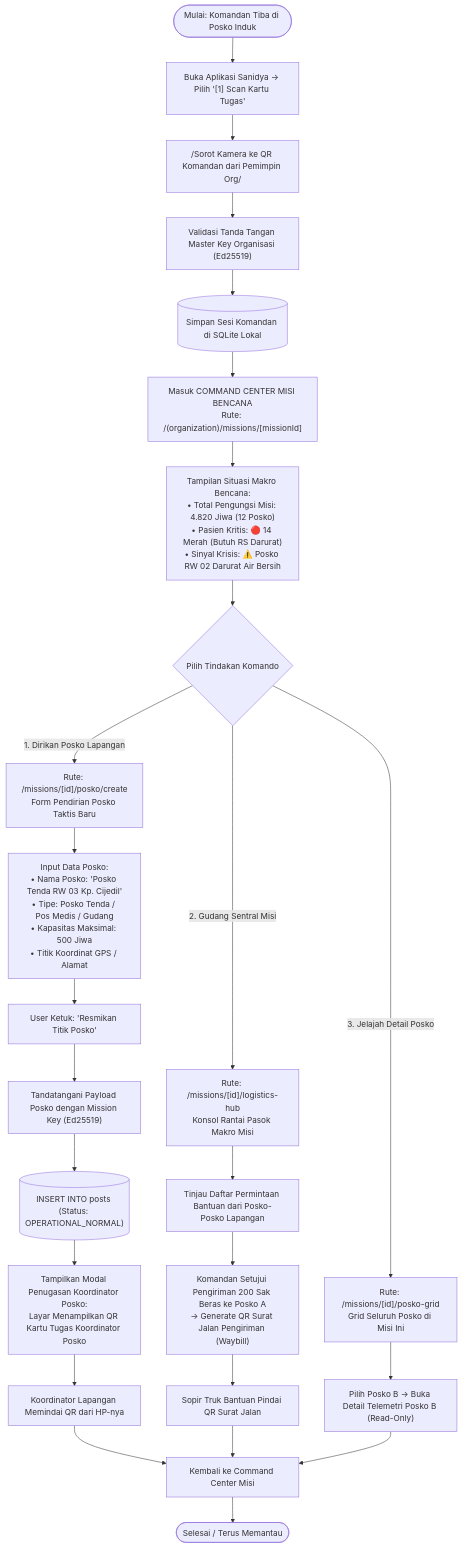
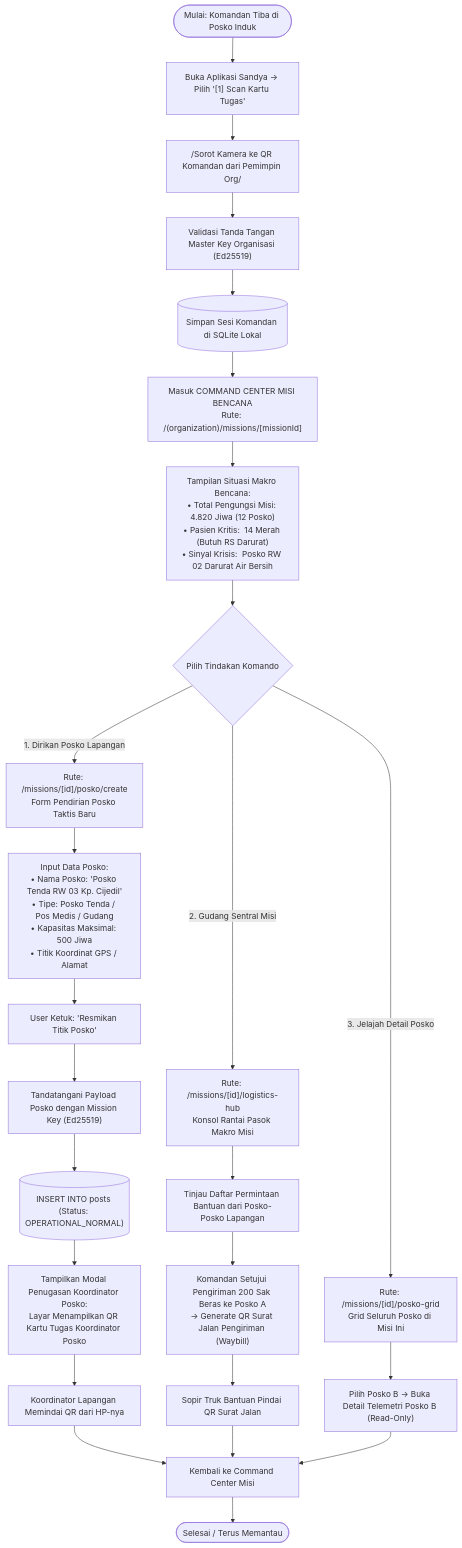
The second of 2 diagrams in docs/userflow/roles/02-komandan-misi.md (untacorp/sandya), drawn with Mermaid before and after one commit. The commit also changed other lines of this file and 218 other files, not shown here.

First line of the commit message:
feat: complete Sandya rebranding, local-first sqlite to cloud pipeline, zero-mock cleanup, and production metadata

````diff
--- a/docs/userflow/roles/02-komandan-misi.md
+++ b/docs/userflow/roles/02-komandan-misi.md
@@ -51,41 +51,41 @@
 ```mermaid
 flowchart TD
-    Start(["Mulai: Komandan Tiba di Posko Induk"]) --> OpenApp["Buka Aplikasi Sanidya -> Pilih '[1] Scan Kartu Tugas'"]
-    
-    OpenApp --> ScanRolePass["/Sorot Kamera ke QR Komandan dari Pemimpin Org/"]
-    ScanRolePass --> VerifyCommanderSig["Validasi Tanda Tangan Master Key Organisasi (Ed25519)"]
-    
-    VerifyCommanderSig --> SaveCommanderSession[("Simpan Sesi Komandan di SQLite Lokal")]
-    SaveCommanderSession --> OpenMissionHub["Masuk COMMAND CENTER MISI BENCANA<br/>Rute: /(organization)/missions/[missionId]"]
-    
-    %% KONSOL COMMAND CENTER MISI
-    OpenMissionHub --> ViewMissionTelemetry["Tampilan Situasi Makro Bencana:<br/>• Total Pengungsi Misi: 4.820 Jiwa (12 Posko)<br/>• Pasien Kritis: 🔴 14 Merah (Butuh RS Darurat)<br/>• Sinyal Krisis: ⚠️ Posko RW 02 Darurat Air Bersih"]
-    
-    ViewMissionTelemetry --> CommanderActions{"Pilih Tindakan Komando"}
-    
-    %% TINDAKAN A: MENDIRIKAN POSKO BARU
-    CommanderActions -->|"1. Dirikan Posko Lapangan"| CreatePoskoForm["Rute: /missions/[id]/posko/create<br/>Form Pendirian Posko Taktis Baru"]
-    CreatePoskoForm --> InputPoskoDetails["Input Data Posko:<br/>• Nama Posko: 'Posko Tenda RW 03 Kp. Cijedil'<br/>• Tipe: Posko Tenda / Pos Medis / Gudang<br/>• Kapasitas Maksimal: 500 Jiwa<br/>• Titik Koordinat GPS / Alamat"]
-    
-    InputPoskoDetails --> SignPoskoAction["User Ketuk: 'Resmikan Titik Posko'"]
-    SignPoskoAction --> SignWithMissionKey["Tandatangani Payload Posko dengan Mission Key (Ed25519)"]
-    SignWithMissionKey --> InsertPoskoDB[("INSERT INTO posts (Status: OPERATIONAL_NORMAL)")]
-    
-    InsertPoskoDB --> ModalDelegatePosLead["Tampilkan Modal Penugasan Koordinator Posko:<br/>Layar Menampilkan QR Kartu Tugas Koordinator Posko"]
-    ModalDelegatePosLead --> PosLeadScanAction["Koordinator Lapangan Memindai QR dari HP-nya"]
-    
-    %% TINDAKAN B: GUDANG SENTRAL & SUPLAI LOGISTIK MAKRO
-    CommanderActions -->|"2. Gudang Sentral Misi"| OpenLogisticsHub["Rute: /missions/[id]/logistics-hub<br/>Konsol Rantai Pasok Makro Misi"]
-    OpenLogisticsHub --> CheckIncomingNeeds["Tinjau Daftar Permintaan Bantuan dari Posko-Posko Lapangan"]
-    CheckIncomingNeeds --> ApproveWaybillDispatch["Komandan Setujui Pengiriman 200 Sak Beras ke Posko A<br/>-> Generate QR Surat Jalan Pengiriman (Waybill)"]
-    ApproveWaybillDispatch --> DriverScanWaybill["Sopir Truk Bantuan Pindai QR Surat Jalan"]
-    
-    %% TINDAKAN C: AUDIT & JELAJAH POSKO
-    CommanderActions -->|"3. Jelajah Detail Posko"| OpenPoskoGrid["Rute: /missions/[id]/posko-grid<br/>Grid Seluruh Posko di Misi Ini"]
-    OpenPoskoGrid --> ClickSpecificPosko["Pilih Posko B -> Buka Detail Telemetri Posko B (Read-Only)"]
-    
-    PosLeadScanAction --> ReturnToHub["Kembali ke Command Center Misi"]
-    DriverScanWaybill --> ReturnToHub
-    ClickSpecificPosko --> ReturnToHub
-    ReturnToHub --> EndState(["Selesai / Terus Memantau"])
+  Start(["Mulai: Komandan Tiba di Posko Induk"]) --> OpenApp["Buka Aplikasi Sandya -> Pilih '[1] Scan Kartu Tugas'"]
+  
+  OpenApp --> ScanRolePass["/Sorot Kamera ke QR Komandan dari Pemimpin Org/"]
+  ScanRolePass --> VerifyCommanderSig["Validasi Tanda Tangan Master Key Organisasi (Ed25519)"]
+  
+  VerifyCommanderSig --> SaveCommanderSession[("Simpan Sesi Komandan di SQLite Lokal")]
+  SaveCommanderSession --> OpenMissionHub["Masuk COMMAND CENTER MISI BENCANA<br/>Rute: /(organization)/missions/[missionId]"]
+  
+  %% KONSOL COMMAND CENTER MISI
+  OpenMissionHub --> ViewMissionTelemetry["Tampilan Situasi Makro Bencana:<br/>• Total Pengungsi Misi: 4.820 Jiwa (12 Posko)<br/>• Pasien Kritis:  14 Merah (Butuh RS Darurat)<br/>• Sinyal Krisis:  Posko RW 02 Darurat Air Bersih"]
+  
+  ViewMissionTelemetry --> CommanderActions{"Pilih Tindakan Komando"}
+  
+  %% TINDAKAN A: MENDIRIKAN POSKO BARU
+  CommanderActions -->|"1. Dirikan Posko Lapangan"| CreatePoskoForm["Rute: /missions/[id]/posko/create<br/>Form Pendirian Posko Taktis Baru"]
+  CreatePoskoForm --> InputPoskoDetails["Input Data Posko:<br/>• Nama Posko: 'Posko Tenda RW 03 Kp. Cijedil'<br/>• Tipe: Posko Tenda / Pos Medis / Gudang<br/>• Kapasitas Maksimal: 500 Jiwa<br/>• Titik Koordinat GPS / Alamat"]
+  
+  InputPoskoDetails --> SignPoskoAction["User Ketuk: 'Resmikan Titik Posko'"]
+  SignPoskoAction --> SignWithMissionKey["Tandatangani Payload Posko dengan Mission Key (Ed25519)"]
+  SignWithMissionKey --> InsertPoskoDB[("INSERT INTO posts (Status: OPERATIONAL_NORMAL)")]
+  
+  InsertPoskoDB --> ModalDelegatePosLead["Tampilkan Modal Penugasan Koordinator Posko:<br/>Layar Menampilkan QR Kartu Tugas Koordinator Posko"]
+  ModalDelegatePosLead --> PosLeadScanAction["Koordinator Lapangan Memindai QR dari HP-nya"]
+  
+  %% TINDAKAN B: GUDANG SENTRAL & SUPLAI LOGISTIK MAKRO
+  CommanderActions -->|"2. Gudang Sentral Misi"| OpenLogisticsHub["Rute: /missions/[id]/logistics-hub<br/>Konsol Rantai Pasok Makro Misi"]
+  OpenLogisticsHub --> CheckIncomingNeeds["Tinjau Daftar Permintaan Bantuan dari Posko-Posko Lapangan"]
+  CheckIncomingNeeds --> ApproveWaybillDispatch["Komandan Setujui Pengiriman 200 Sak Beras ke Posko A<br/>-> Generate QR Surat Jalan Pengiriman (Waybill)"]
+  ApproveWaybillDispatch --> DriverScanWaybill["Sopir Truk Bantuan Pindai QR Surat Jalan"]
+  
+  %% TINDAKAN C: AUDIT & JELAJAH POSKO
+  CommanderActions -->|"3. Jelajah Detail Posko"| OpenPoskoGrid["Rute: /missions/[id]/posko-grid<br/>Grid Seluruh Posko di Misi Ini"]
+  OpenPoskoGrid --> ClickSpecificPosko["Pilih Posko B -> Buka Detail Telemetri Posko B (Read-Only)"]
+  
+  PosLeadScanAction --> ReturnToHub["Kembali ke Command Center Misi"]
+  DriverScanWaybill --> ReturnToHub
+  ClickSpecificPosko --> ReturnToHub
+  ReturnToHub --> EndState(["Selesai / Terus Memantau"])
 ```
````
